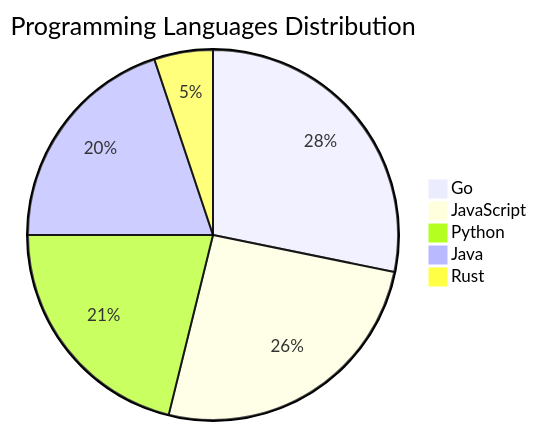
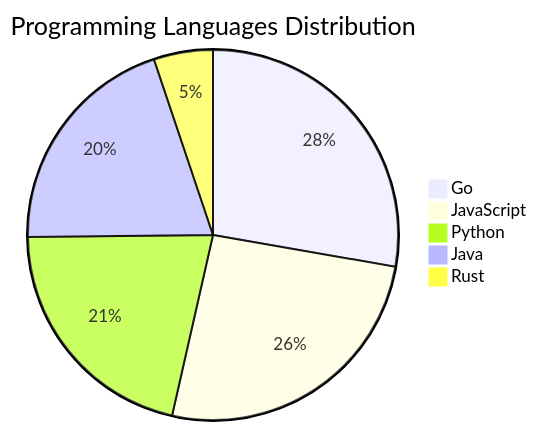
Before and after one commit to Derrick-MUGISHA/github-activity-bot: the diagram in README.md, drawn with Mermaid. The commit also changed other lines of this file and 4 other files, not shown here.

````diff
--- a/README.md
+++ b/README.md
@@ -205,8 +205,8 @@
 ```mermaid
 pie title Programming Languages Distribution
-    "Go" : 44
+    "Go" : 43
     "JavaScript" : 40
     "Python" : 33
     "Java" : 31
     "Rust" : 8
 ```
````
